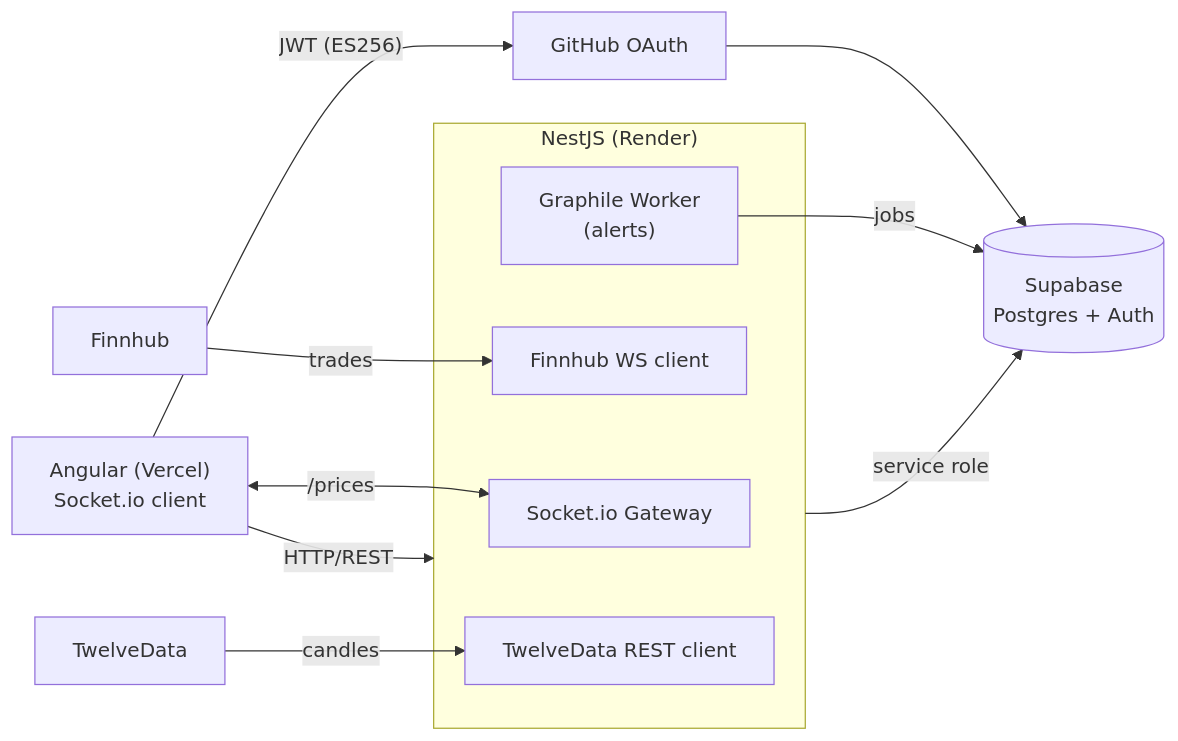
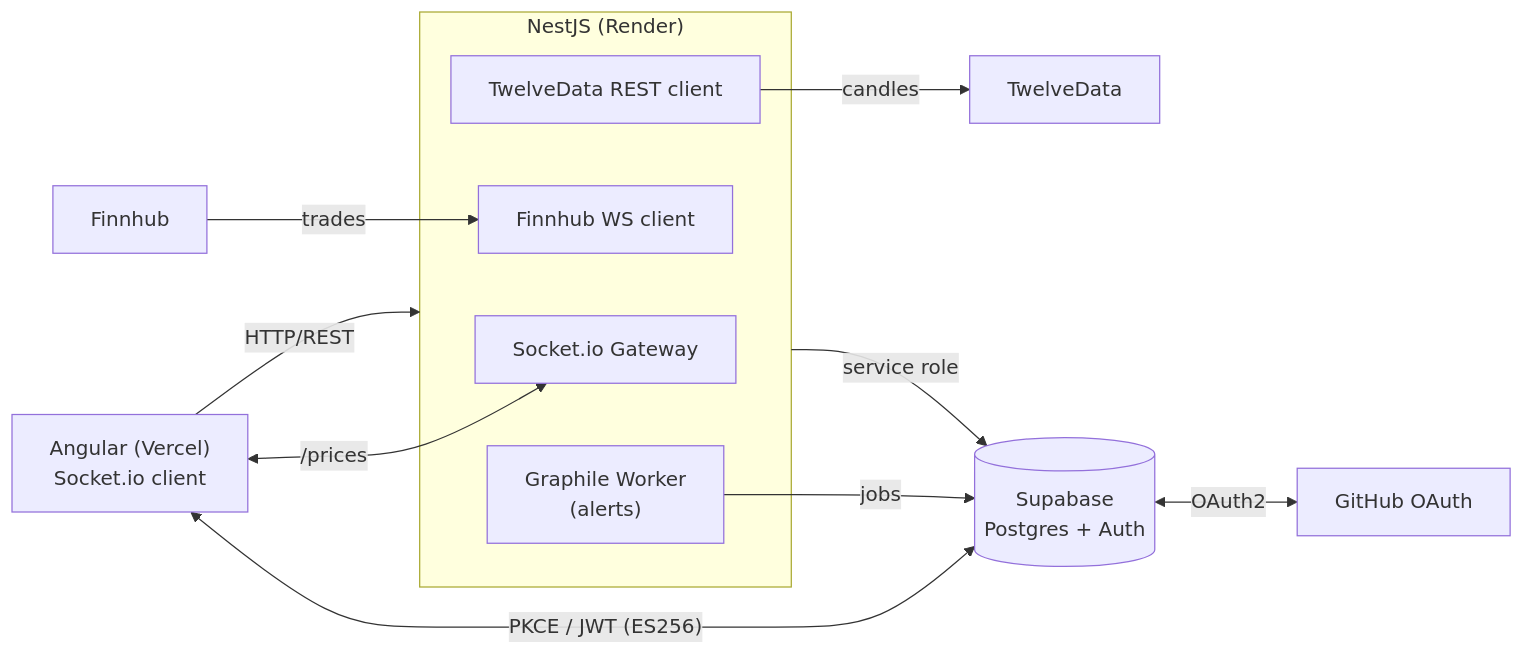
The diagram in README.md (toruiwasa/pulseticker), drawn with Mermaid before and after one commit.

Commit message:
fix(docs): correct call direction for TwelveData and the OAuth flow
Two errors carried over from the ASCII original when it was reproduced
faithfully.

TwelveData was drawn as `TwelveData -> REST client`, identical to
`Finnhub -> WS client`. The two are opposites: Finnhub pushes trades
over a WebSocket, while TwelveDataService pulls candles with fetch.
Drawing both the same way makes the pull look like a push. The arrow now
points from the client to TwelveData, following the call rather than the
response payload. As a side effect the layout improves — TwelveData had
been placed in the same left-hand column as Angular, so the frontend sat
among the third-party providers.

The auth path was `Angular -> GitHub OAuth -> Supabase`, one hop out of
order: under PKCE the browser goes to Supabase Auth, which brokers
GitHub. The `JWT (ES256)` label also sat on the browser-to-GitHub edge,
but that token is issued by Supabase after login — the browser never
sends it to GitHub. Both now hang off the Supabase edge.

Node and edge counts are unchanged at 9 and 8.

Claude-Session: https://claude.ai/code/session_01CfRvz75mz1nSSagDeVrD6c

````diff
--- a/README.md
+++ b/README.md
@@ -19,24 +19,24 @@
 ```mermaid
 flowchart LR
     web["Angular (Vercel)<br/>Socket.io client"]
     gh["GitHub OAuth"]
     finnhub["Finnhub"]
     twelvedata["TwelveData"]
     pg[("Supabase<br/>Postgres + Auth")]
 
     subgraph api["NestJS (Render)"]
         gateway["Socket.io Gateway"]
         finnhubSvc["Finnhub WS client"]
         worker["Graphile Worker<br/>(alerts)"]
         twelveSvc["TwelveData REST client"]
     end
 
     web -->|HTTP/REST| api
     web <-->|"/prices"| gateway
-    web -->|"JWT (ES256)"| gh
-    gh --> pg
+    web <-->|"PKCE / JWT (ES256)"| pg
+    pg <-->|OAuth2| gh
     api -->|service role| pg
     finnhub -->|trades| finnhubSvc
-    twelvedata -->|candles| twelveSvc
+    twelveSvc -->|candles| twelvedata
     worker -->|jobs| pg
 ```
````
